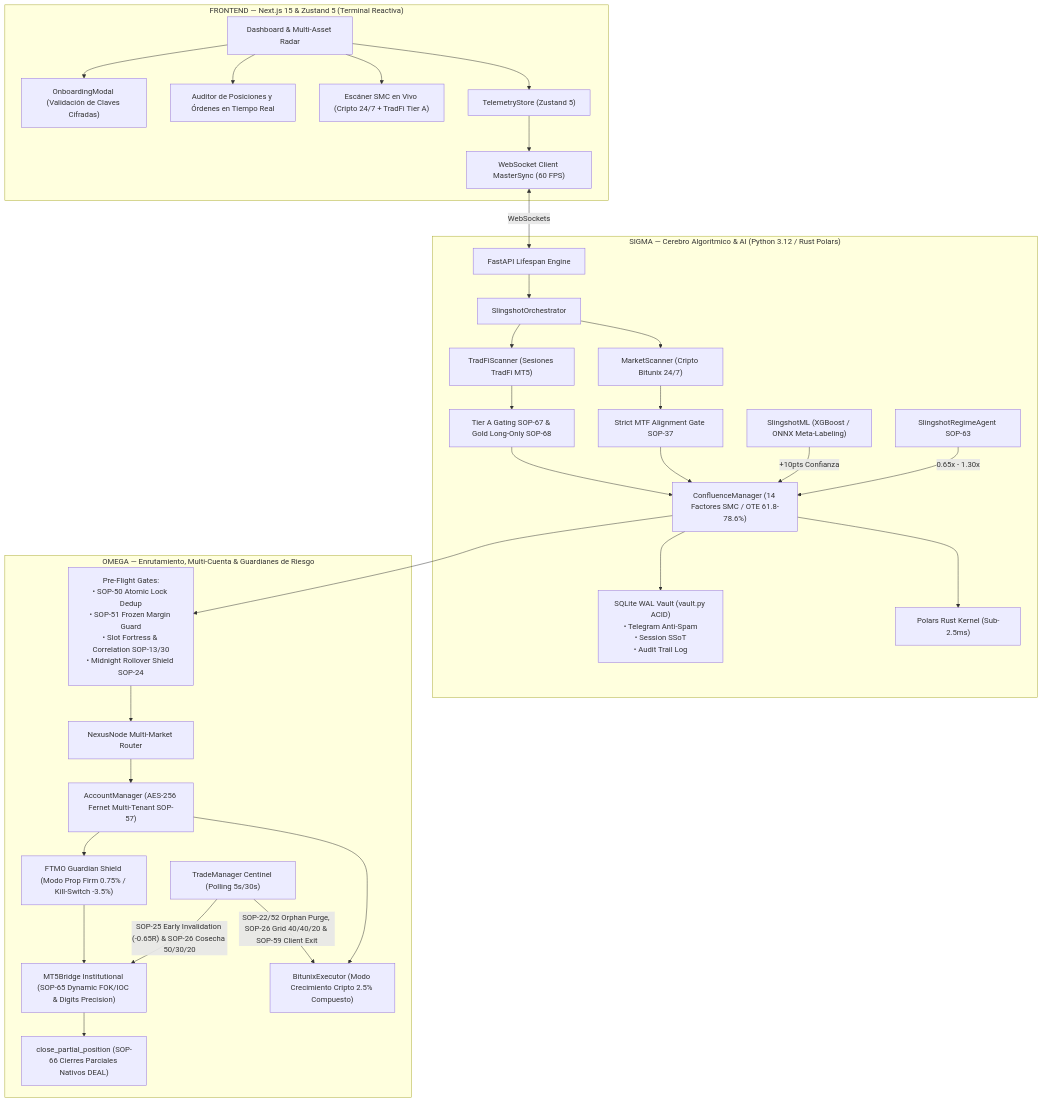
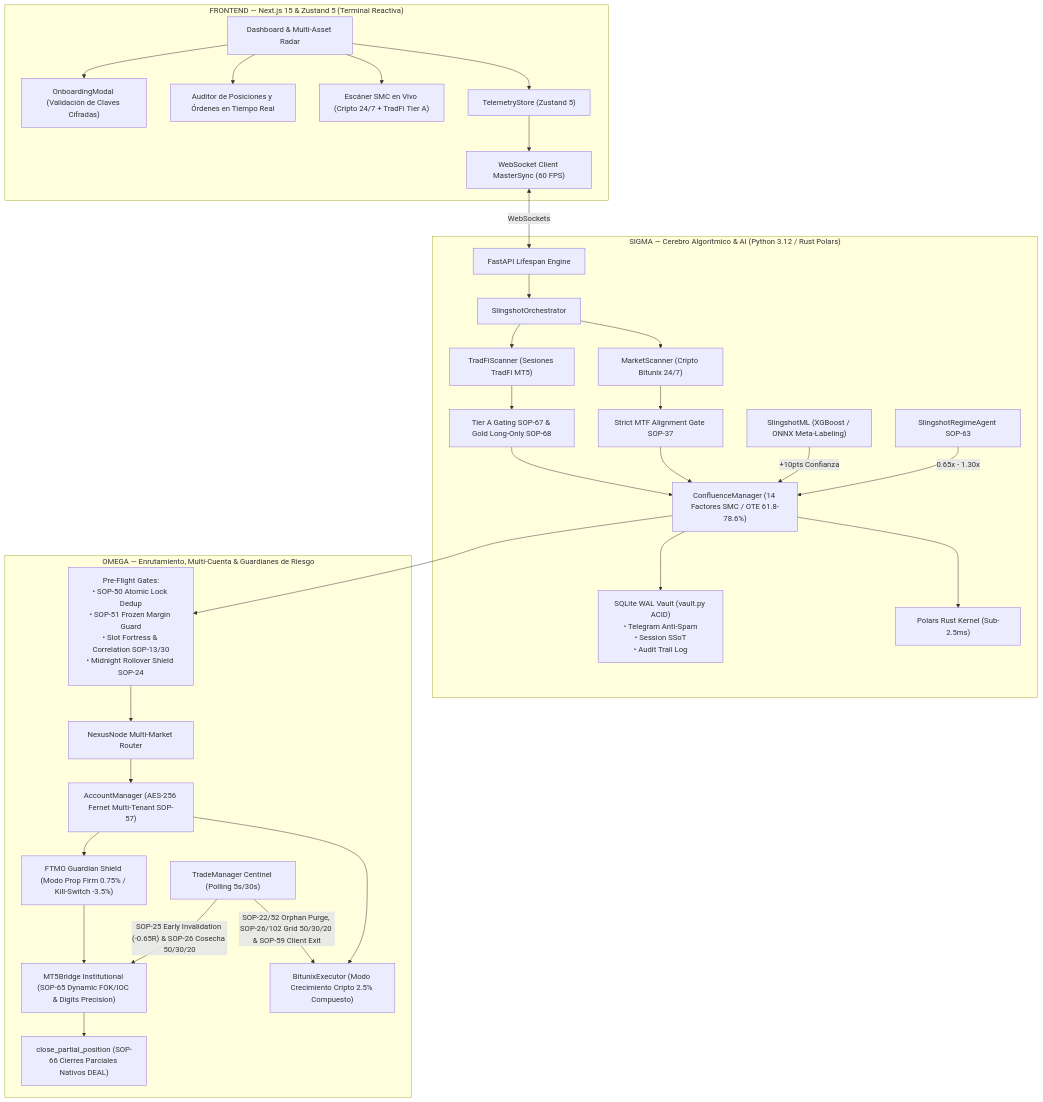
Before and after one commit to matiquelmec/Slingshot: the diagram in README.md, drawn with Mermaid. The commit also changed other lines of this file and 9 other files, not shown here.

````diff
--- a/README.md
+++ b/README.md
@@ -65,38 +65,38 @@
 ```mermaid
 graph TB
     subgraph "FRONTEND — Next.js 15 & Zustand 5 (Terminal Reactiva)"
         A["Dashboard & Multi-Asset Radar"] --> B["TelemetryStore (Zustand 5)"]
         B --> C["WebSocket Client MasterSync (60 FPS)"]
         A --> D["Escáner SMC en Vivo (Cripto 24/7 + TradFi Tier A)"]
         A --> E["Auditor de Posiciones y Órdenes en Tiempo Real"]
         A --> OB["OnboardingModal (Validación de Claves Cifradas)"]
     end
 
     subgraph "SIGMA — Cerebro Algorítmico & AI (Python 3.12 / Rust Polars)"
         J["FastAPI Lifespan Engine"] --> K["SlingshotOrchestrator"]
         K --> L1["MarketScanner (Cripto Bitunix 24/7)"]
         K --> L2["TradFiScanner (Sesiones TradFi MT5)"]
         L1 --> MTF["Strict MTF Alignment Gate SOP-37"]
         L2 --> TIER["Tier A Gating SOP-67 & Gold Long-Only SOP-68"]
         MTF --> M["ConfluenceManager (14 Factores SMC / OTE 61.8-78.6%)"]
         TIER --> M
         ML["SlingshotML (XGBoost / ONNX Meta-Labeling)"] -->|+10pts Confianza| M
         REG["SlingshotRegimeAgent SOP-63"] -->|0.65x - 1.30x| M
         M --> POLARS["Polars Rust Kernel (Sub-2.5ms)"]
         M --> V["SQLite WAL Vault (vault.py ACID)<br/>• Telegram Anti-Spam<br/>• Session SSoT<br/>• Audit Trail Log"]
     end
 
     subgraph "OMEGA — Enrutamiento, Multi-Cuenta & Guardianes de Riesgo"
         M --> GATES["Pre-Flight Gates:<br/>• SOP-50 Atomic Lock Dedup<br/>• SOP-51 Frozen Margin Guard<br/>• Slot Fortress & Correlation SOP-13/30<br/>• Midnight Rollover Shield SOP-24"]
         GATES --> NX["NexusNode Multi-Market Router"]
         NX --> MACC["AccountManager (AES-256 Fernet Multi-Tenant SOP-57)"]
         MACC --> BX["BitunixExecutor (Modo Crecimiento Cripto 2.5% Compuesto)"]
         MACC --> FG["FTMO Guardian Shield (Modo Prop Firm 0.75% / Kill-Switch -3.5%)"]
         FG --> MT5["MT5Bridge Institutional (SOP-65 Dynamic FOK/IOC & Digits Precision)"]
         MT5 --> DEAL["close_partial_position (SOP-66 Cierres Parciales Nativos DEAL)"]
-        TM["TradeManager Centinel (Polling 5s/30s)"] --> |"SOP-22/52 Orphan Purge, SOP-26 Grid 40/40/20 & SOP-59 Client Exit"| BX
+        TM["TradeManager Centinel (Polling 5s/30s)"] --> |"SOP-22/52 Orphan Purge, SOP-26/102 Grid 50/30/20 & SOP-59 Client Exit"| BX
         TM --> |"SOP-25 Early Invalidation (-0.65R) & SOP-26 Cosecha 50/30/20"| MT5
     end
 
     C <--> |"WebSockets"| J
 ```
````
